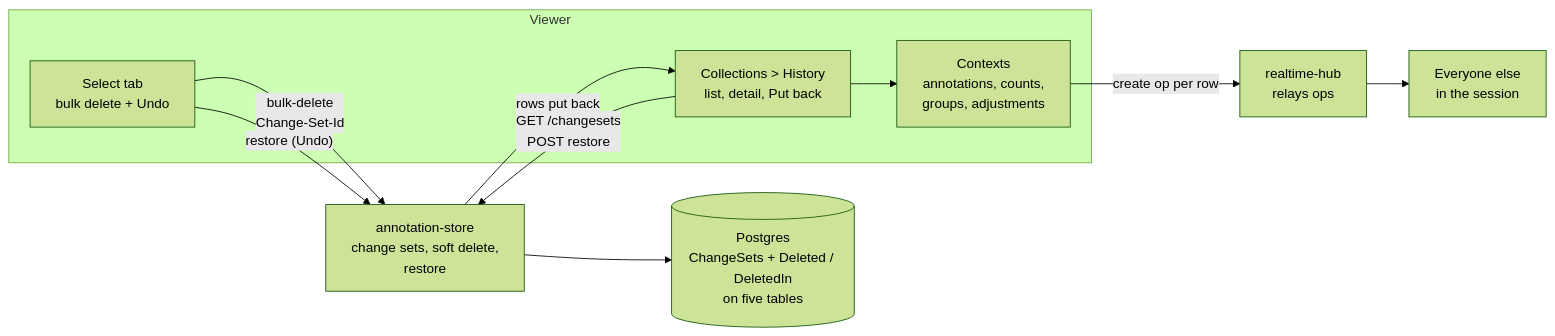
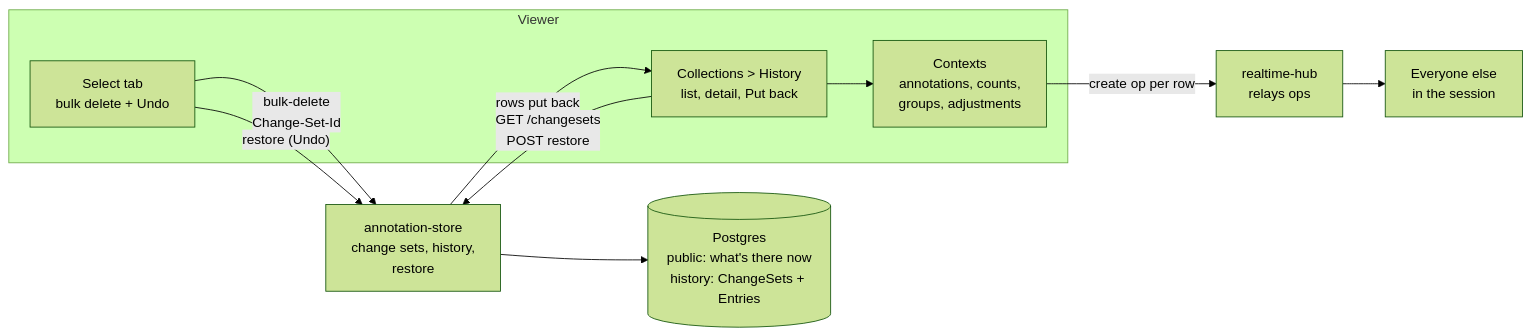
The first of 3 diagrams in docs/breakdown/version-control.md (ewanhmack05/Diss-Project), drawn with Mermaid (forest theme) before and after one commit. The commit also changed other lines of this file and 71 other files, not shown here.

First line of the commit message:
History schema, replacing soft delete (#14)

````diff
--- a/docs/breakdown/version-control.md
+++ b/docs/breakdown/version-control.md
@@ -51,21 +52,21 @@
 ```mermaid
 flowchart LR
   subgraph Viewer
     S["Select tab<br/>bulk delete + Undo"]
     H["Collections > History<br/>list, detail, Put back"]
     C["Contexts<br/>annotations, counts,<br/>groups, adjustments"]
   end
-  A["annotation-store<br/>change sets, soft delete,<br/>restore"]
-  P[("Postgres<br/>ChangeSets + Deleted / DeletedIn<br/>on five tables")]
+  A["annotation-store<br/>change sets, history,<br/>restore"]
+  P[("Postgres<br/>public: what's there now<br/>history: ChangeSets + Entries")]
   R["realtime-hub<br/>relays ops"]
   O["Everyone else<br/>in the session"]
 
   S -- "bulk-delete<br/>Change-Set-Id" --> A
   S -- "restore (Undo)" --> A
   H -- "GET /changesets<br/>POST restore" --> A
   A --> P
   A -- "rows put back" --> H
   H --> C
   C -- "create op per row" --> R
   R --> O
 ```
````
